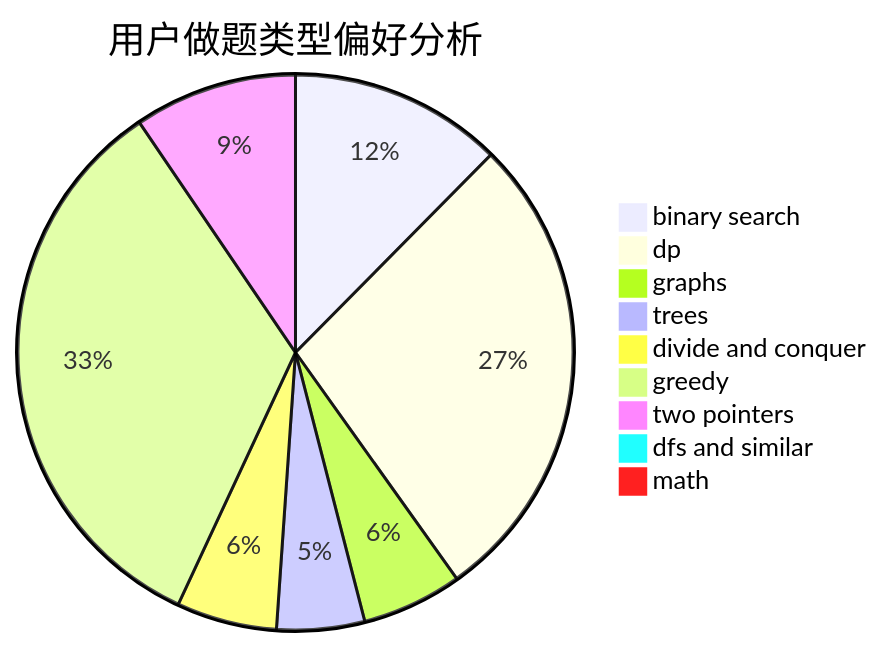
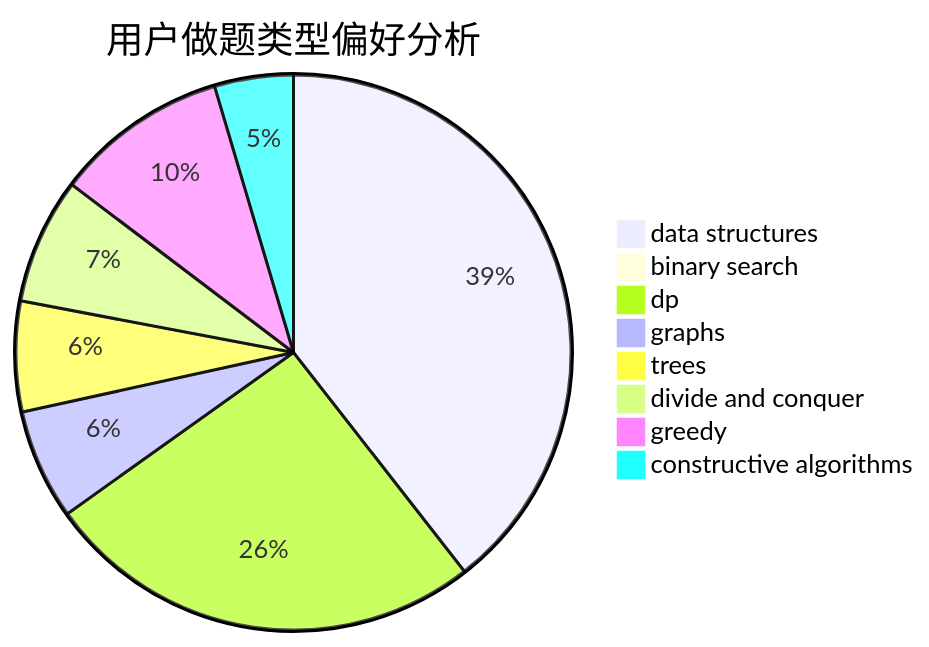
The second of 3 diagrams in docs/user/u710.md (sherpahu/cfrs.github.io), drawn with Mermaid before and after one commit. The commit also changed other lines of this file and 2775 other files, not shown here.

````diff
--- a/docs/user/u710.md
+++ b/docs/user/u710.md
@@ -23,12 +23,11 @@
 ```mermaid
 pie title 用户做题类型偏好分析
-    "binary search" :  17
-    "dp" :  38
-    "graphs" :  8
+    "data structures" :  43
+    "binary search" :  0
+    "dp" :  28
+    "graphs" :  7
     "trees" :  7
     "divide and conquer" :  8
-    "greedy" :  46
-    "two pointers" :  13
-    "dfs and similar" :  1
-    "math" :  1
+    "greedy" :  11
+    "constructive algorithms" :  5
 ```
````
